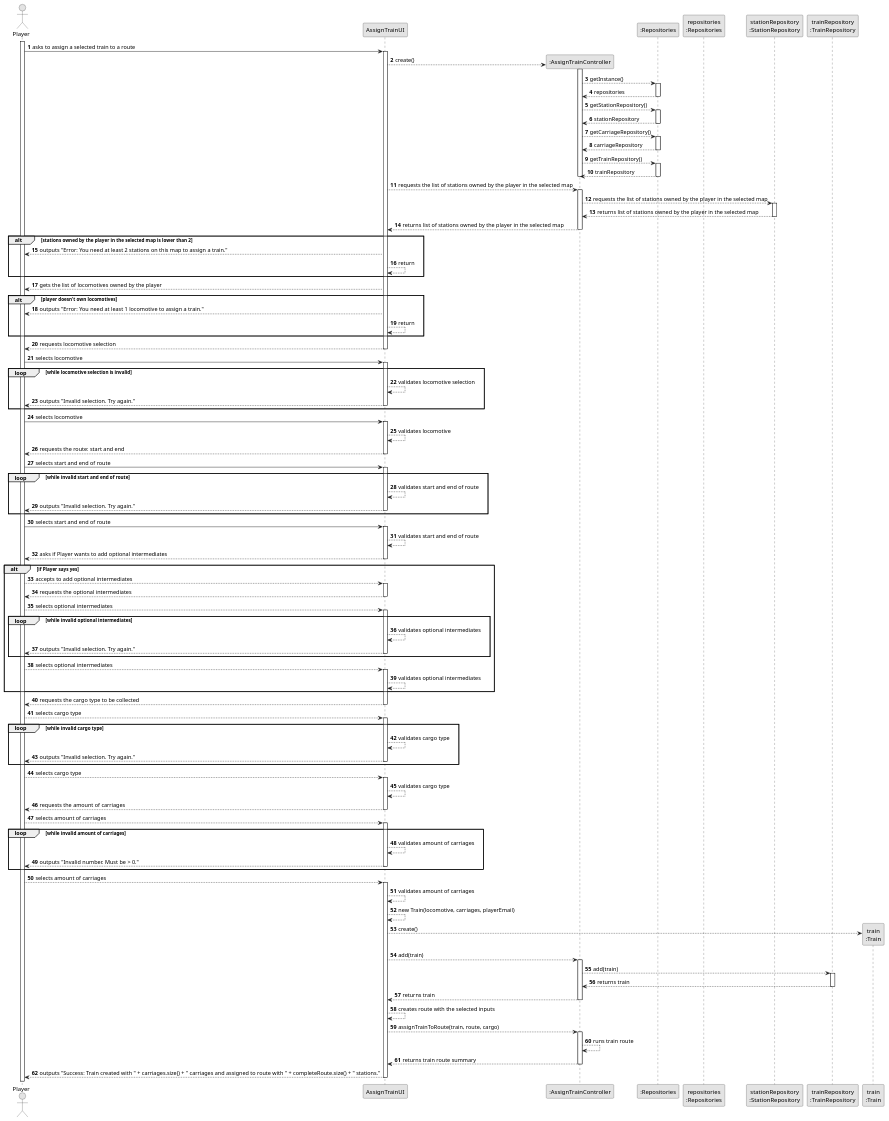
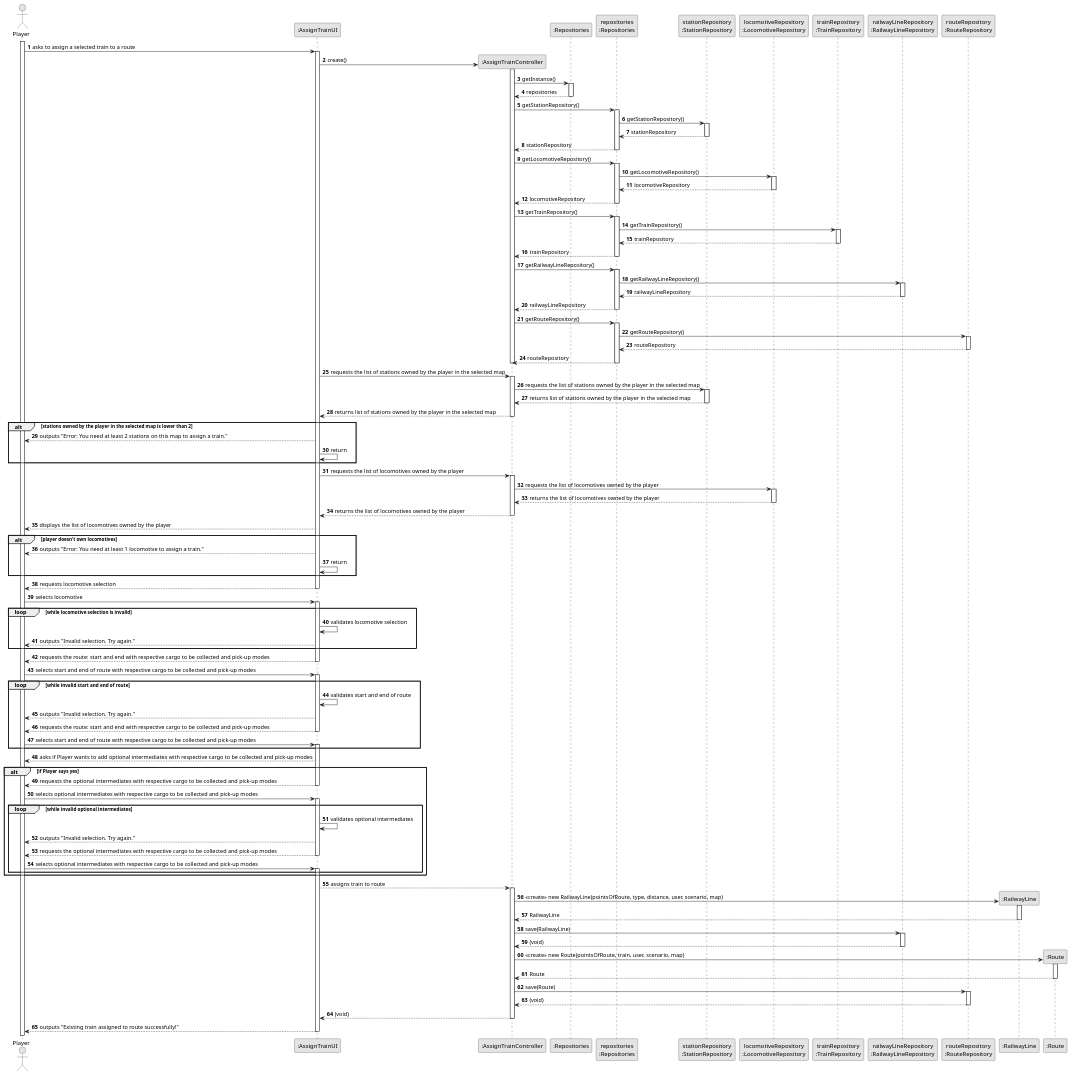
One commit to goncalolopesp/sem2-pi-24.25-g093-repo changed the diagram in docs/system-documentation/US010/03.design/puml/US010-SD.puml. Above: the diagram before and after it, drawn with PlantUML. The commit also changed 2 other files, not shown here.

Commit message:
US010 (docs) - Updated the full sequence diagram

```diff
--- a/docs/system-documentation/US010/03.design/puml/US010-SD.puml
+++ b/docs/system-documentation/US010/03.design/puml/US010-SD.puml
@@ -6,7 +6,7 @@
 autonumber
 
 actor "Player" as Player
-participant "AssignTrainUI" as atui
+participant ":AssignTrainUI" as atui
 
 activate Player
 
@@ -18,40 +18,87 @@
 participant ":Repositories" as repositories
 participant "repositories\n:Repositories" as repo
 participant "stationRepository\n:StationRepository" as srepo
+participant "locomotiveRepository\n:LocomotiveRepository" as lrepo
 participant "trainRepository\n:TrainRepository" as trepo
+participant "railwayLineRepository\n:RailwayLineRepository" as rlrepo
+participant "routeRepository\n:RouteRepository" as rrepo
+participant ":RailwayLine" as rl
+participant ":Route" as route
 
-atui --> atc : create()
+atui -> atc : create()
 activate atc
 
-atc --> repositories : getInstance()
+atc -> repositories : getInstance()
 activate repositories
 
 repositories --> atc : repositories
 deactivate repositories
 
-atc --> repositories : getStationRepository()
-activate repositories
+atc -> repo : getStationRepository()
+activate repo
 
-repositories --> atc : stationRepository
-deactivate repositories
+repo -> srepo : getStationRepository()
+activate srepo
 
-atc --> repositories : getCarriageRepository()
-activate repositories
+srepo --> repo : stationRepository
+deactivate srepo
 
-repositories --> atc : carriageRepository
-deactivate repositories
+repo --> atc : stationRepository
+deactivate repo
 
-atc --> repositories : getTrainRepository()
-activate repositories
+atc -> repo : getLocomotiveRepository()
+activate repo
 
-repositories --> atc : trainRepository
-deactivate repositories
+repo -> lrepo : getLocomotiveRepository()
+activate lrepo
+
+lrepo --> repo : locomotiveRepository
+deactivate lrepo
+
+repo --> atc : locomotiveRepository
+deactivate repo
+
+atc -> repo : getTrainRepository()
+activate repo
+
+repo -> trepo : getTrainRepository()
+activate trepo
+
+trepo --> repo : trainRepository
+deactivate trepo
+
+repo --> atc : trainRepository
+deactivate repo
+
+atc -> repo : getRailwayLineRepository()
+activate repo
+
+repo -> rlrepo : getRailwayLineRepository()
+activate rlrepo
+
+rlrepo --> repo : railwayLineRepository
+deactivate rlrepo
+
+repo --> atc : railwayLineRepository
+deactivate repo
+
+atc -> repo : getRouteRepository()
+activate repo
+
+repo -> rrepo : getRouteRepository()
+activate rrepo
+
+rrepo --> repo : routeRepository
+deactivate rrepo
+
+repo --> atc : routeRepository
+deactivate repo
 deactivate atc
 
-atui --> atc : requests the list of stations owned by the player in the selected map
+atui -> atc : requests the list of stations owned by the player in the selected map
 activate atc
 
-atc --> srepo : requests the list of stations owned by the player in the selected map
+atc -> srepo : requests the list of stations owned by the player in the selected map
 activate srepo
 
 srepo --> atc : returns list of stations owned by the player in the selected map
@@ -62,14 +109,26 @@
 
 alt stations owned by the player in the selected map is lower than 2
     atui --> Player : outputs "Error: You need at least 2 stations on this map to assign a train."
-    atui --> atui : return
+    atui -> atui : return
 end
 
-atui --> Player : gets the list of locomotives owned by the player
+atui -> atc : requests the list of locomotives owned by the player
+activate atc
+
+atc -> lrepo : requests the list of locomotives owned by the player
+activate lrepo
+
+lrepo --> atc : returns the list of locomotives owned by the player
+deactivate lrepo
+
+atc --> atui : returns the list of locomotives owned by the player
+deactivate atc
+
+atui --> Player : displays the list of locomotives owned by the player
 
 alt player doesn't own locomotives
     atui --> Player : outputs "Error: You need at least 1 locomotive to assign a train."
-    atui --> atui : return
+    atui -> atui : return
 end
 
 atui --> Player : requests locomotive selection
@@ -79,113 +138,77 @@
 activate atui
 
 loop while locomotive selection is invalid
-    atui --> atui : validates locomotive selection
+    atui -> atui : validates locomotive selection
     atui --> Player : outputs "Invalid selection. Try again."
-    deactivate atui
 end
 
-Player -> atui : selects locomotive
-activate atui
-
-atui --> atui : validates locomotive
-atui --> Player : requests the route: start and end
+atui --> Player : requests the route: start and end with respective cargo to be collected and pick-up modes
 deactivate atui
 
-Player -> atui : selects start and end of route
+Player -> atui : selects start and end of route with respective cargo to be collected and pick-up modes
 activate atui
 
 loop while invalid start and end of route
-    atui --> atui : validates start and end of route
+    atui -> atui : validates start and end of route
     atui --> Player : outputs "Invalid selection. Try again."
+    atui --> Player : requests the route: start and end with respective cargo to be collected and pick-up modes
     deactivate atui
+
+    Player -> atui : selects start and end of route with respective cargo to be collected and pick-up modes
+    activate atui
 end
 
-Player -> atui : selects start and end of route
-activate atui
-
-atui --> atui : validates start and end of route
-atui --> Player : asks if Player wants to add optional intermediates
-deactivate atui
+atui --> Player : asks if Player wants to add optional intermediates with respective cargo to be collected and pick-up modes
 
 alt if Player says yes
-    Player --> atui : accepts to add optional intermediates
-    activate atui
 
-    atui --> Player : requests the optional intermediates
+    atui --> Player : requests the optional intermediates with respective cargo to be collected and pick-up modes
     deactivate atui
 
-    Player --> atui : selects optional intermediates
+    Player -> atui : selects optional intermediates with respective cargo to be collected and pick-up modes
     activate atui
 
     loop while invalid optional intermediates
-        atui --> atui : validates optional intermediates
+        atui -> atui : validates optional intermediates
         atui --> Player : outputs "Invalid selection. Try again."
+        atui --> Player : requests the optional intermediates with respective cargo to be collected and pick-up modes
         deactivate atui
+
+        Player -> atui : selects optional intermediates with respective cargo to be collected and pick-up modes
+        activate atui
     end
-
-    Player --> atui : selects optional intermediates
-    activate atui
-
-    atui --> atui : validates optional intermediates
 end
 
-atui --> Player : requests the cargo type to be collected
-deactivate atui
-
-Player --> atui : selects cargo type
-activate atui
-
-loop while invalid cargo type
-    atui --> atui : validates cargo type
-    atui --> Player : outputs "Invalid selection. Try again."
-    deactivate atui
-end
-
-Player --> atui : selects cargo type
-activate atui
-
-atui --> atui : validates cargo type
-atui --> Player : requests the amount of carriages
-deactivate atui
-
-Player --> atui : selects amount of carriages
-activate atui
-
-loop while invalid amount of carriages
-    atui --> atui : validates amount of carriages
-    atui --> Player : outputs "Invalid number. Must be > 0."
-    deactivate atui
-end
-
-Player --> atui : selects amount of carriages
-activate atui
-
-atui --> atui : validates amount of carriages
-atui --> atui : new Train(locomotive, carriages, playerEmail)
-
-create "train\n:Train" as train
-
-atui --> train : create()
-atui --> atc : add(train)
+atui --> atc : assigns train to route
 activate atc
 
-atc --> trepo : add(train)
-activate trepo
+atc -> rl** : <<create>> new RailwayLine(pointsOfRoute, type, distance, user, scenario, map)
+activate rl
 
-trepo --> atc : returns train
-deactivate trepo
+rl --> atc : RailwayLine
+deactivate rl
 
-atc --> atui : returns train
+atc -> rlrepo : save(RailwayLine)
+activate rlrepo
+
+rlrepo --> atc : (void)
+deactivate rlrepo
+
+atc -> route** : <<create>> new Route(pointsOfRoute, train, user, scenario, map)
+activate route
+
+route --> atc : Route
+deactivate route
+
+atc -> rrepo : save(Route)
+activate rrepo
+
+rrepo --> atc : (void)
+deactivate rrepo
+
+atc --> atui : (void)
 deactivate atc
 
-atui --> atui : creates route with the selected inputs
-atui --> atc : assignTrainToRoute(train, route, cargo)
-activate atc
-
-atc --> atc : runs train route
-atc --> atui : returns train route summary
-deactivate atc
-
-atui --> Player : outputs "Success: Train created with " + carriages.size() + " carriages and assigned to route with " + completeRoute.size() + " stations."
+atui --> Player : outputs "Existing train assigned to route successfully!"
 deactivate atui
 @enduml
```
